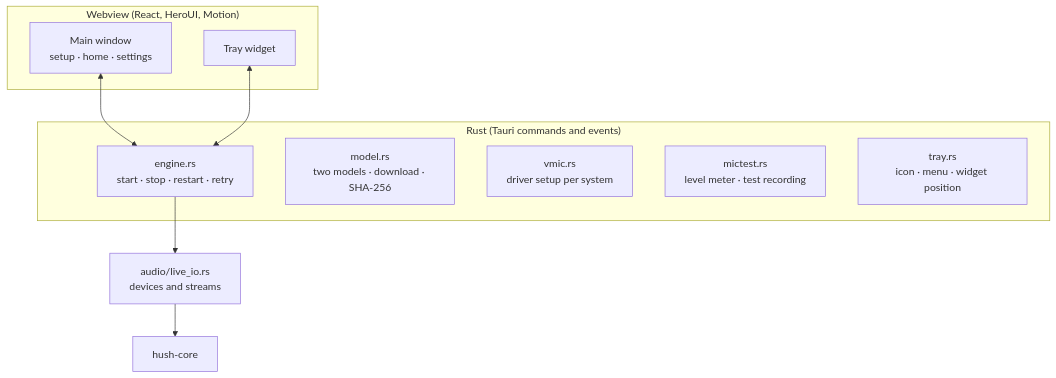
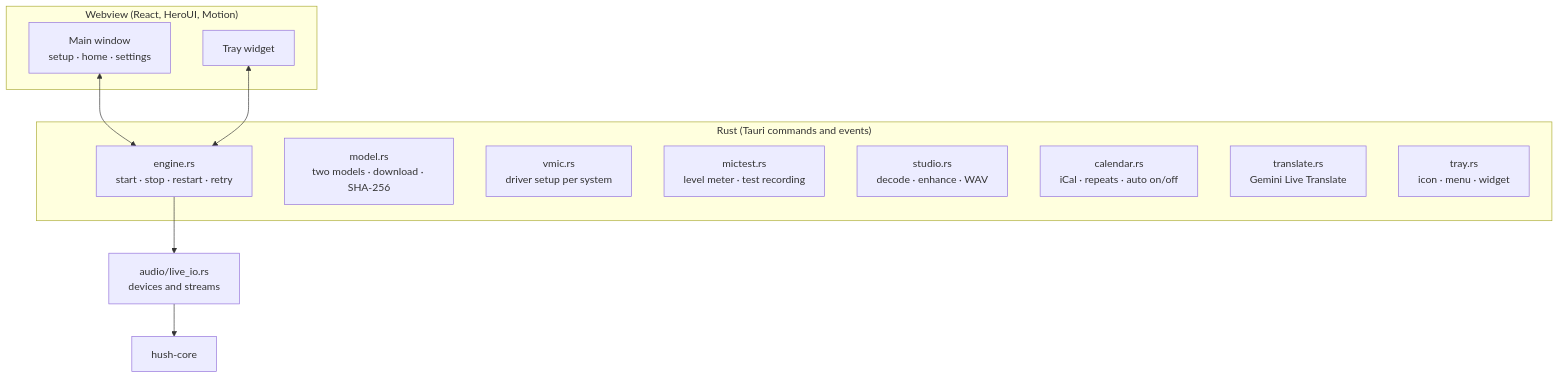
The second of 2 diagrams in docs/ARCHITECTURE.md (alshell7/hush-ai), drawn with Mermaid before and after one commit. The commit also changed other lines of this file and 10 other files, not shown here.

Commit message:
Docs and README for Studio, Meetings and Live Translate; version 1.1.0

````diff
--- a/docs/ARCHITECTURE.md
+++ b/docs/ARCHITECTURE.md
@@ -94,18 +102,21 @@
 ```mermaid
 flowchart TB
   subgraph Webview["Webview (React, HeroUI, Motion)"]
     M["Main window<br/>setup · home · settings"]
     W["Tray widget"]
   end
   subgraph Rust["Rust (Tauri commands and events)"]
     E["engine.rs<br/>start · stop · restart · retry"]
     MO["model.rs<br/>two models · download · SHA-256"]
     V["vmic.rs<br/>driver setup per system"]
     T["mictest.rs<br/>level meter · test recording"]
-    TR["tray.rs<br/>icon · menu · widget position"]
+    S["studio.rs<br/>decode · enhance · WAV"]
+    CA["calendar.rs<br/>iCal · repeats · auto on/off"]
+    TL["translate.rs<br/>Gemini Live Translate"]
+    TR["tray.rs<br/>icon · menu · widget"]
   end
   M <--> E
   W <--> E
   E --> L["audio/live_io.rs<br/>devices and streams"]
   L --> C["hush-core"]
 ```
````
